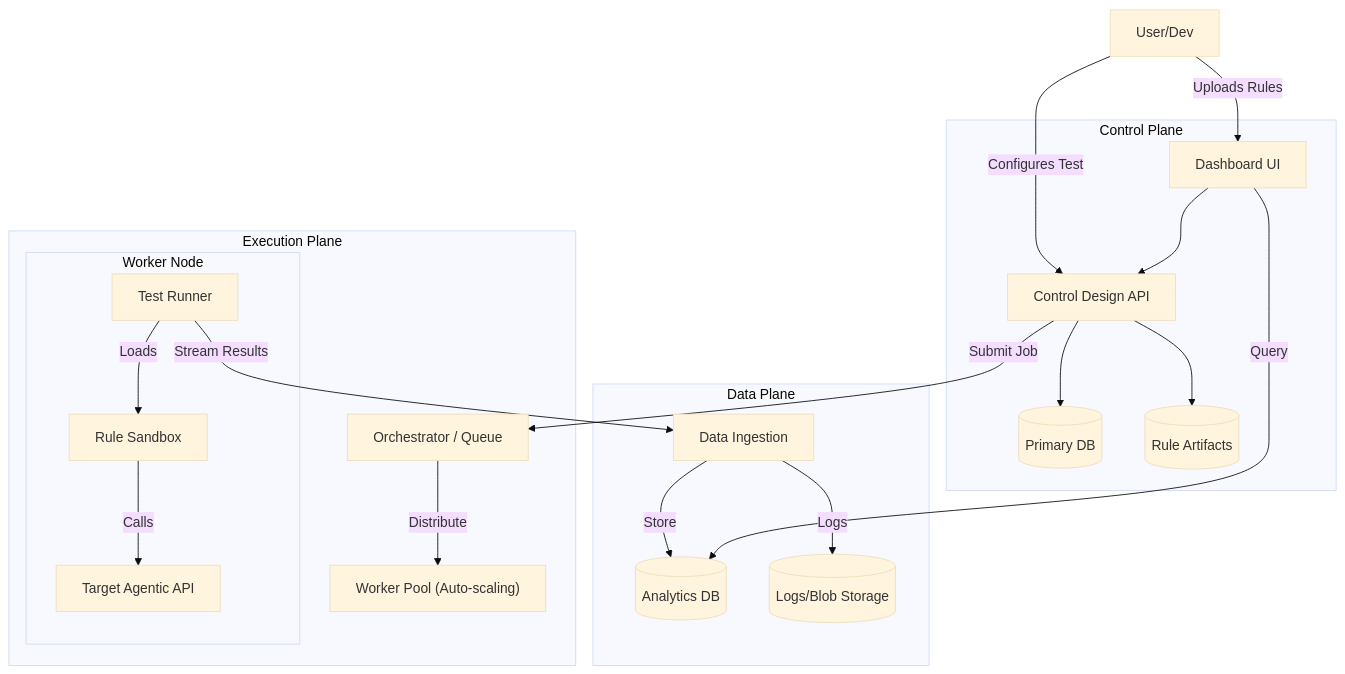
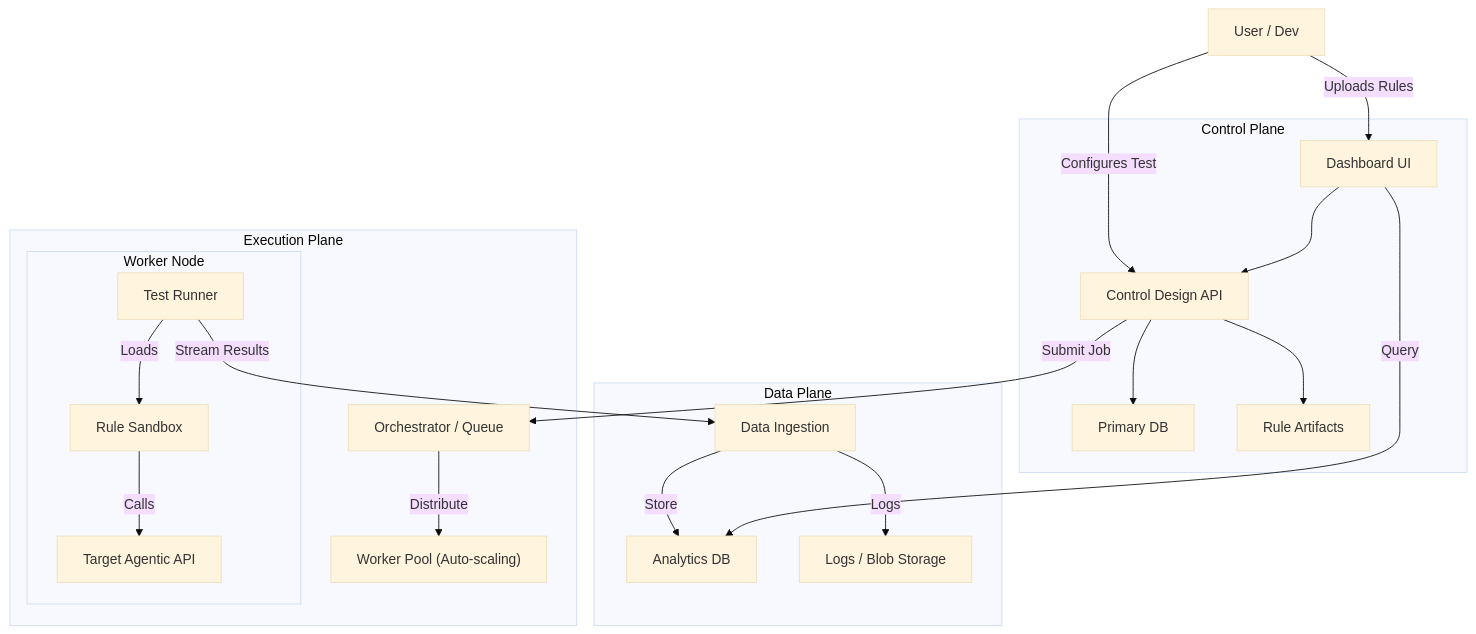
The diagram in snippets/eval-planner/architecture.md (rvishravars/analytics), drawn with Mermaid (base theme) before and after one commit. The commit also changed other lines of this file, not shown here.

Commit message:
Fixed mermaid support

````diff
--- a/snippets/eval-planner/architecture.md
+++ b/snippets/eval-planner/architecture.md
@@ -25,31 +25,31 @@
 ```mermaid
 graph TD
-    User["User/Dev"] -->|Uploads Rules| Dashboard["Dashboard UI"]
+    User["User / Dev"] -->|Uploads Rules| Dashboard["Dashboard UI"]
     User -->|Configures Test| API["Control Design API"]
-    
-    subgraph ControlPlane ["Control Plane"]
+
+    subgraph control_plane["Control Plane"]
         Dashboard --> API
-        API --> DB[("Primary DB")]
-        API --> ObjectStore[("Rule Artifacts")]
+        API --> DB["Primary DB"]
+        API --> ObjectStore["Rule Artifacts"]
     end
-    
-    subgraph ExecutionPlane ["Execution Plane"]
-        API -->|"Submit Job"| Orchestrator["Orchestrator / Queue"]
-        Orchestrator -->|"Distribute"| WorkerPool["Worker Pool (Auto-scaling)"]
-        
-        subgraph WorkerNode ["Worker Node"]
+
+    subgraph execution_plane["Execution Plane"]
+        API -->|Submit Job| Orchestrator["Orchestrator / Queue"]
+        Orchestrator -->|Distribute| WorkerPool["Worker Pool (Auto-scaling)"]
+
+        subgraph worker_node["Worker Node"]
             Runner["Test Runner"]
-            SandBox["Rule Sandbox"]
-            Runner -->|"Loads"| SandBox
-            SandBox -->|"Calls"| TargetAgent["Target Agentic API"]
+            Sandbox["Rule Sandbox"]
+            Runner -->|Loads| Sandbox
+            Sandbox -->|Calls| TargetAgent["Target Agentic API"]
         end
     end
-    
-    subgraph DataPlane ["Data Plane"]
-        Runner -->|"Stream Results"| Ingest["Data Ingestion"]
-        Ingest -->|"Store"| AnalyticsDB[("Analytics DB")]
-        Ingest -->|"Logs"| LogStore[("Logs/Blob Storage")]
+
+    subgraph data_plane["Data Plane"]
+        Runner -->|Stream Results| Ingest["Data Ingestion"]
+        Ingest -->|Store| AnalyticsDB["Analytics DB"]
+        Ingest -->|Logs| LogStore["Logs / Blob Storage"]
     end
-    
-    Dashboard -->|"Query"| AnalyticsDB
+
+    Dashboard -->|Query| AnalyticsDB
 ```
````
